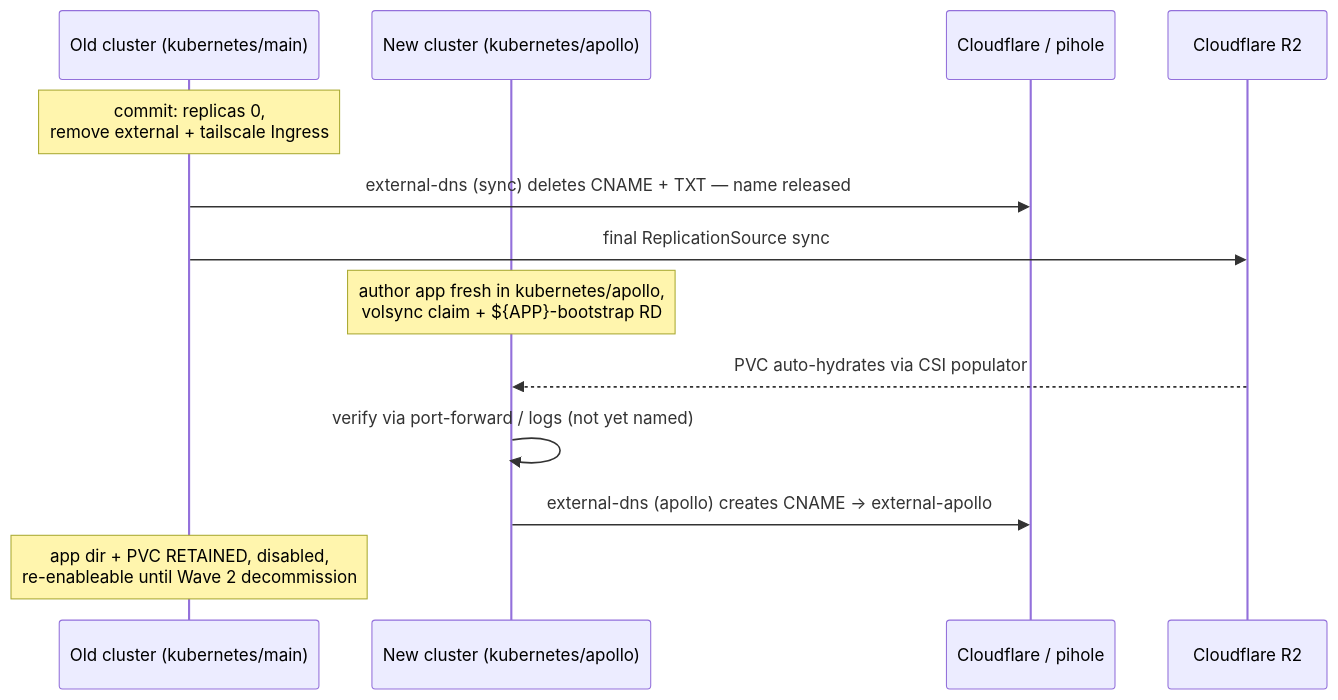
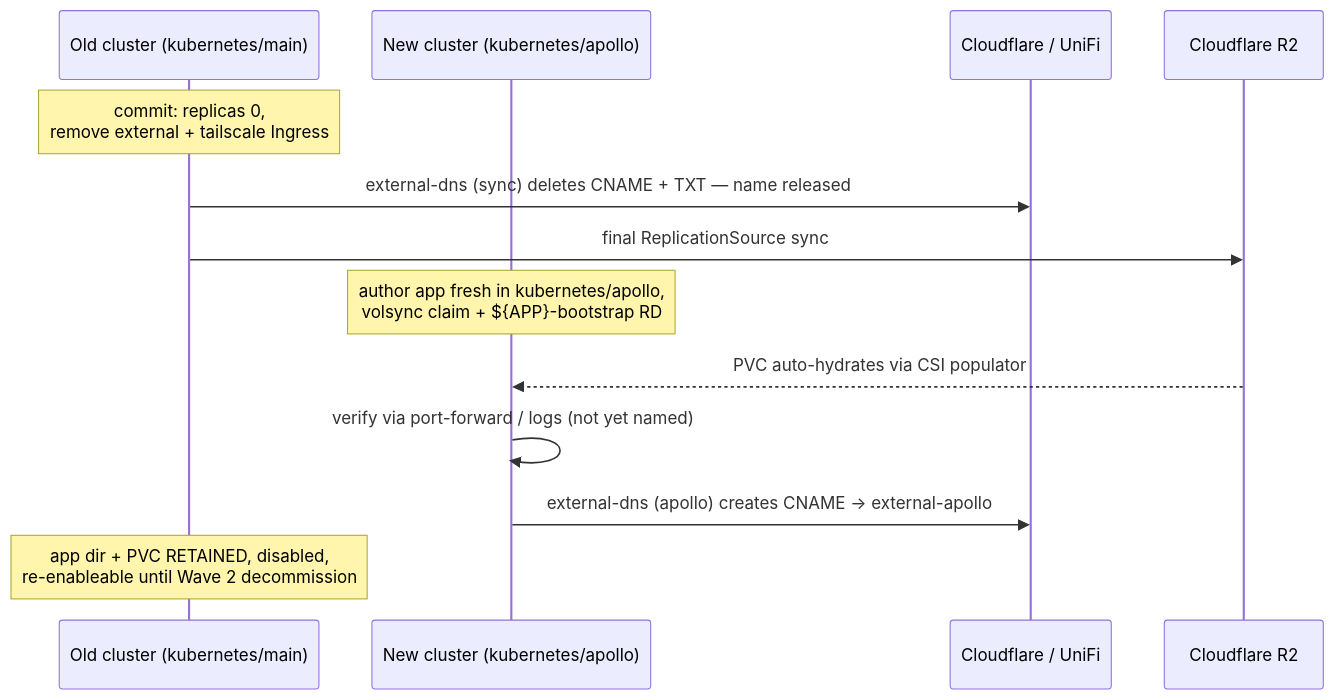
The third of 3 diagrams in plans/20260816-talos-migration.md (evanmoelter/hcc), drawn with Mermaid before and after one commit. The commit also changed other lines of this file, not shown here.

First line of the commit message:
plan: move internal DNS to UniFi, split the gateways, drop pihole

````diff
--- a/plans/20260816-talos-migration.md
+++ b/plans/20260816-talos-migration.md
@@ -258,16 +265,16 @@
 ```mermaid
 sequenceDiagram
     participant Old as Old cluster (kubernetes/main)
     participant New as New cluster (kubernetes/apollo)
-    participant DNS as Cloudflare / pihole
+    participant DNS as Cloudflare / UniFi
     participant R2 as Cloudflare R2
 
     Note over Old: commit: replicas 0,<br/>remove external + tailscale Ingress
     Old->>DNS: external-dns (sync) deletes CNAME + TXT — name released
     Old->>R2: final ReplicationSource sync
     Note over New: author app fresh in kubernetes/apollo,<br/>volsync claim + ${APP}-bootstrap RD
     R2-->>New: PVC auto-hydrates via CSI populator
     New->>New: verify via port-forward / logs (not yet named)
     New->>DNS: external-dns (apollo) creates CNAME -> external-apollo
     Note over Old: app dir + PVC RETAINED, disabled,<br/>re-enableable until Wave 2 decommission
 ```
````
